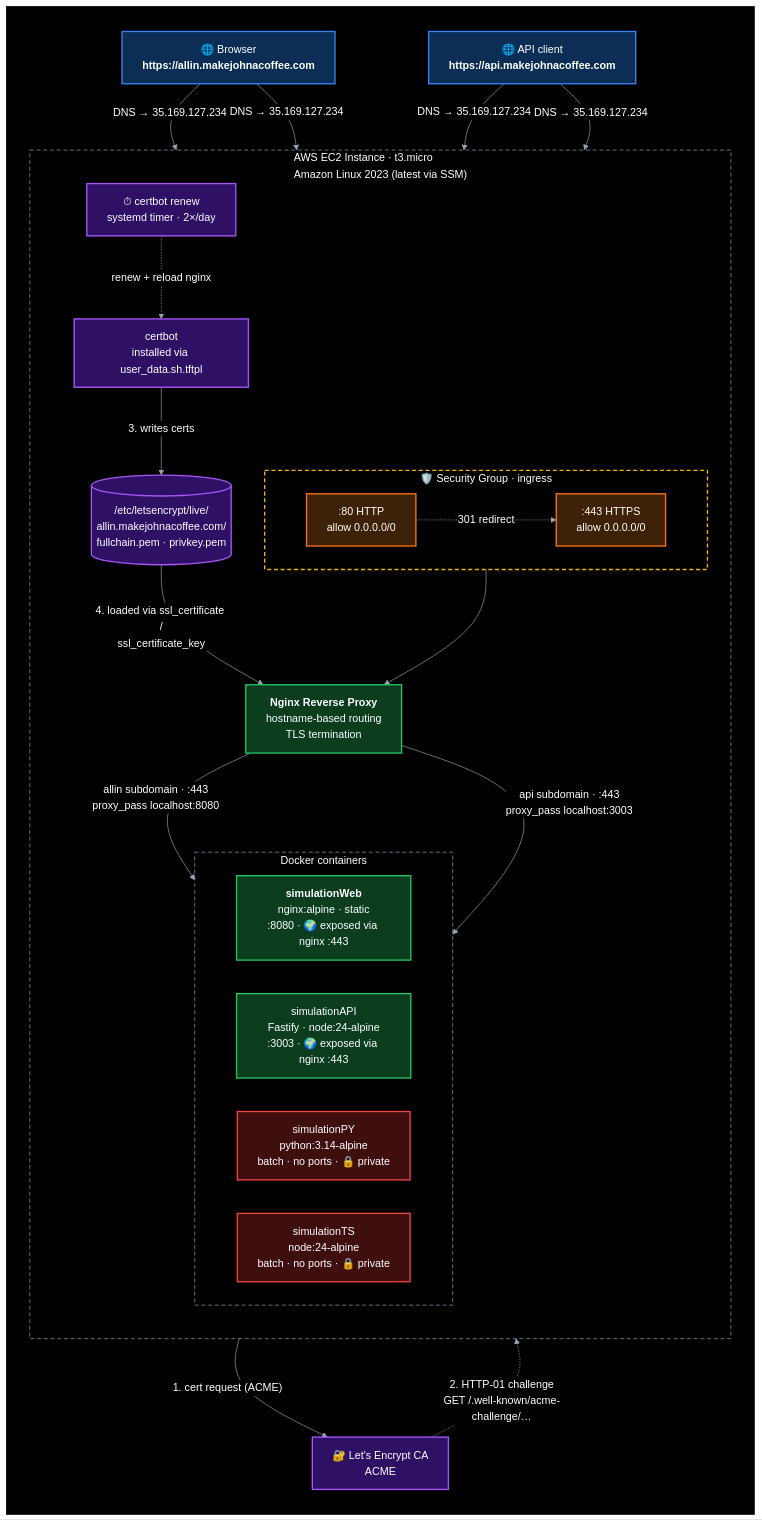
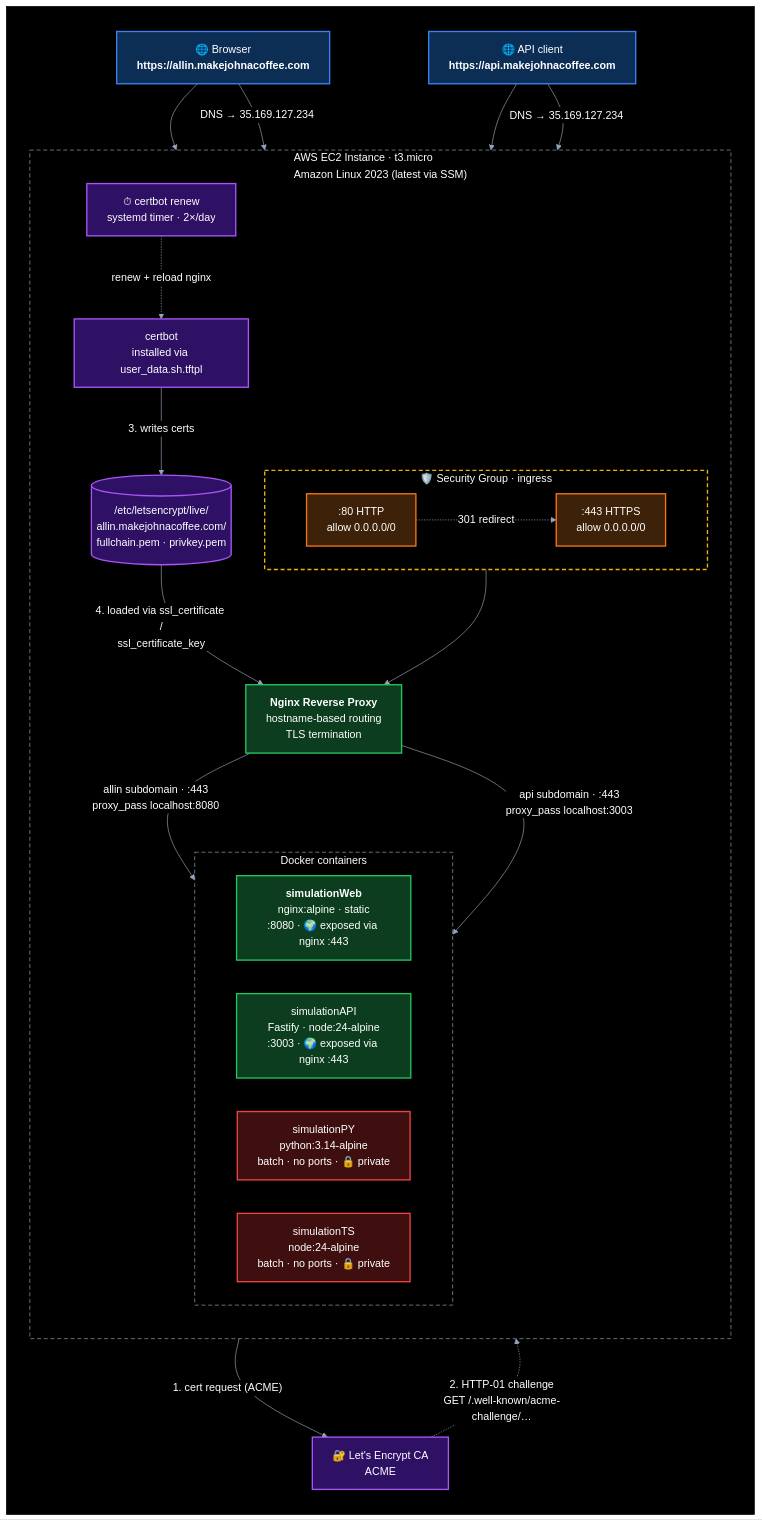
Before and after one commit to jbframe/big-equity: the diagram in README.md, drawn with Mermaid. The commit also changed 1 other file, not shown here.

````diff
--- a/README.md
+++ b/README.md
@@ -32,69 +32,69 @@
 ```mermaid
 %%{init: {'themeVariables': {'edgeLabelBackground': '#000000'}}}%%
 graph TD
     subgraph BG[" "]
     direction TB
     Client["🌐 Browser<br/><b>https://allin.makejohnacoffee.com</b>"]
     APIClient["🌐 API client<br/><b>https://api.makejohnacoffee.com</b>"]
     LE["🔐 Let's Encrypt CA<br/>ACME"]
 
-    Client -- "DNS → 35.169.127.234" --> Port80
+    Client --> Port80
     Client -- "DNS → 35.169.127.234" --> Port443
-    APIClient -- "DNS → 35.169.127.234" --> Port80
+    APIClient --> Port80
     APIClient -- "DNS → 35.169.127.234" --> Port443
 
     subgraph EC2["AWS EC2 Instance · t3.micro<br/>Amazon Linux 2023 (latest via SSM)"]
         direction TB
 
         subgraph SG["🛡️ Security Group · ingress"]
             direction LR
             Port80[":80 HTTP<br/>allow 0.0.0.0/0"]
             Port443[":443 HTTPS<br/>allow 0.0.0.0/0"]
         end
         Port80 -. "301 redirect" .-> Port443
 
         Nginx["<b>Nginx Reverse Proxy</b><br/>hostname-based routing<br/>TLS termination"]
         Port443 --> Nginx
 
         Certbot["certbot<br/>installed via user_data.sh.tftpl"]
         Certs[("/etc/letsencrypt/live/<br/>allin.makejohnacoffee.com/<br/>fullchain.pem · privkey.pem")]
         Timer["⏱ certbot renew<br/>systemd timer · 2×/day"]
 
         subgraph Docker["Docker containers"]
             direction LR
             Web["<b>simulationWeb</b><br/>nginx:alpine · static<br/>:8080 · 🌍 exposed via nginx :443"]
             API["simulationAPI<br/>Fastify · node:24-alpine<br/>:3003 · 🌍 exposed via nginx :443"]
             PY["simulationPY<br/>python:3.14-alpine<br/>batch · no ports · 🔒 private"]
             TS["simulationTS<br/>node:24-alpine<br/>batch · no ports · 🔒 private"]
         end
 
         Nginx -- "allin subdomain · :443<br/>proxy_pass localhost:8080" --> Web
         Nginx -- "api subdomain · :443<br/>proxy_pass localhost:3003" --> API
     end
 
     Certbot -- "1. cert request (ACME)" --> LE
     LE -. "2. HTTP-01 challenge<br/>GET /.well-known/acme-challenge/…" .-> Port80
     Certbot -- "3. writes certs" --> Certs
     Certs -- "4. loaded via ssl_certificate /<br/>ssl_certificate_key" --> Nginx
     Timer -. "renew + reload nginx" .-> Certbot
     end
 
     style BG fill:#000000,stroke:#000000
     style Client fill:#0c2d54,stroke:#3b82f6,stroke-width:2px,color:#ffffff
     style APIClient fill:#0c2d54,stroke:#3b82f6,stroke-width:2px,color:#ffffff
     style LE fill:#2e1065,stroke:#a855f7,stroke-width:2px,color:#ffffff
     style Port80 fill:#3d2109,stroke:#f97316,stroke-width:2px,color:#ffffff
     style Port443 fill:#3d2109,stroke:#f97316,stroke-width:2px,color:#ffffff
     style Nginx fill:#0c3d1f,stroke:#22c55e,stroke-width:2px,color:#ffffff
     style Web fill:#0c3d1f,stroke:#22c55e,stroke-width:2px,color:#ffffff
     style API fill:#0c3d1f,stroke:#22c55e,stroke-width:2px,color:#ffffff
     style PY fill:#3f0f0f,stroke:#ef4444,stroke-width:2px,color:#ffffff
     style TS fill:#3f0f0f,stroke:#ef4444,stroke-width:2px,color:#ffffff
     style Certbot fill:#2e1065,stroke:#a855f7,stroke-width:2px,color:#ffffff
     style Certs fill:#2e1065,stroke:#a855f7,stroke-width:2px,color:#ffffff
     style Timer fill:#2e1065,stroke:#a855f7,stroke-width:2px,color:#ffffff
     style EC2 fill:transparent,stroke:#94a3b8,stroke-dasharray:6 4,color:#ffffff
     style SG fill:transparent,stroke:#eab308,stroke-dasharray:6 4,stroke-width:2px,color:#ffffff
     style Docker fill:transparent,stroke:#94a3b8,stroke-dasharray:6 4,color:#ffffff
     linkStyle default stroke:#94a3b8,color:#ffffff
 ```
````
